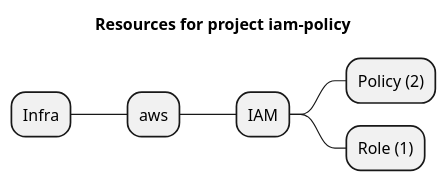
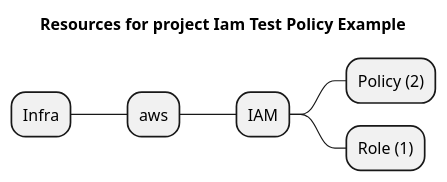
One commit to grucloud/grucloud changed the diagram in examples/aws/iam/iam-policy/artifacts/resources-mindmap.puml. Above: the diagram before and after it, drawn with PlantUML. The commit also changed 93 other files, not shown here.

```diff
--- a/examples/aws/iam/iam-policy/artifacts/resources-mindmap.puml
+++ b/examples/aws/iam/iam-policy/artifacts/resources-mindmap.puml
@@ -1,9 +1,9 @@
 @startmindmap
-title Resources for project iam-policy
+title Resources for project Iam Test Policy Example
 skinparam monochrome true
 + Infra
 ++ aws
 +++ IAM
 ++++ Policy (2)
 ++++ Role (1)
 @endmindmap
```
